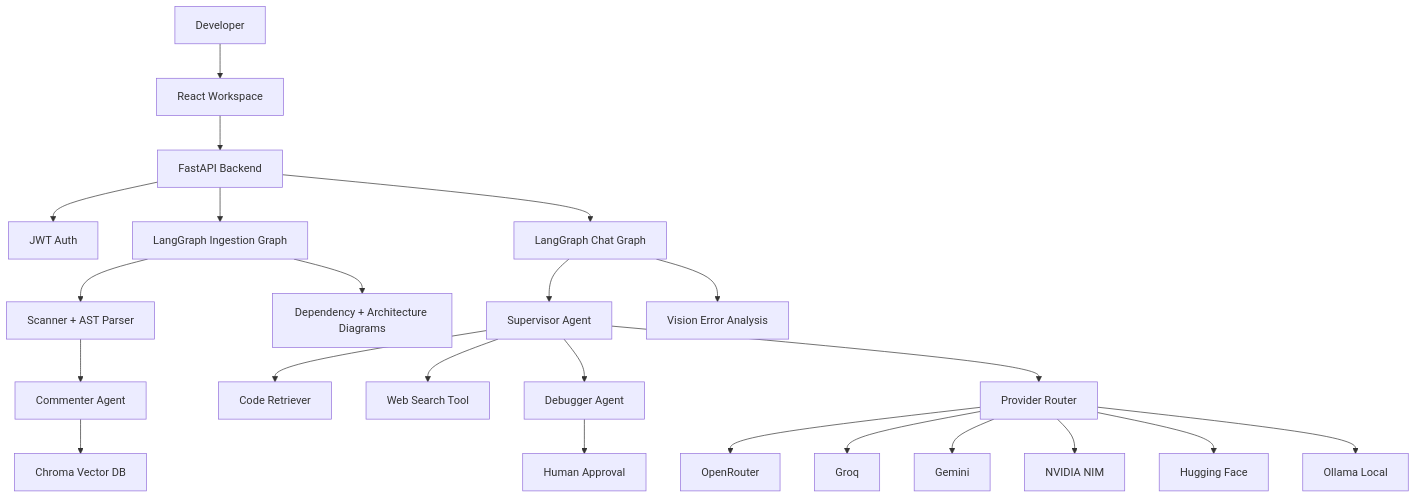
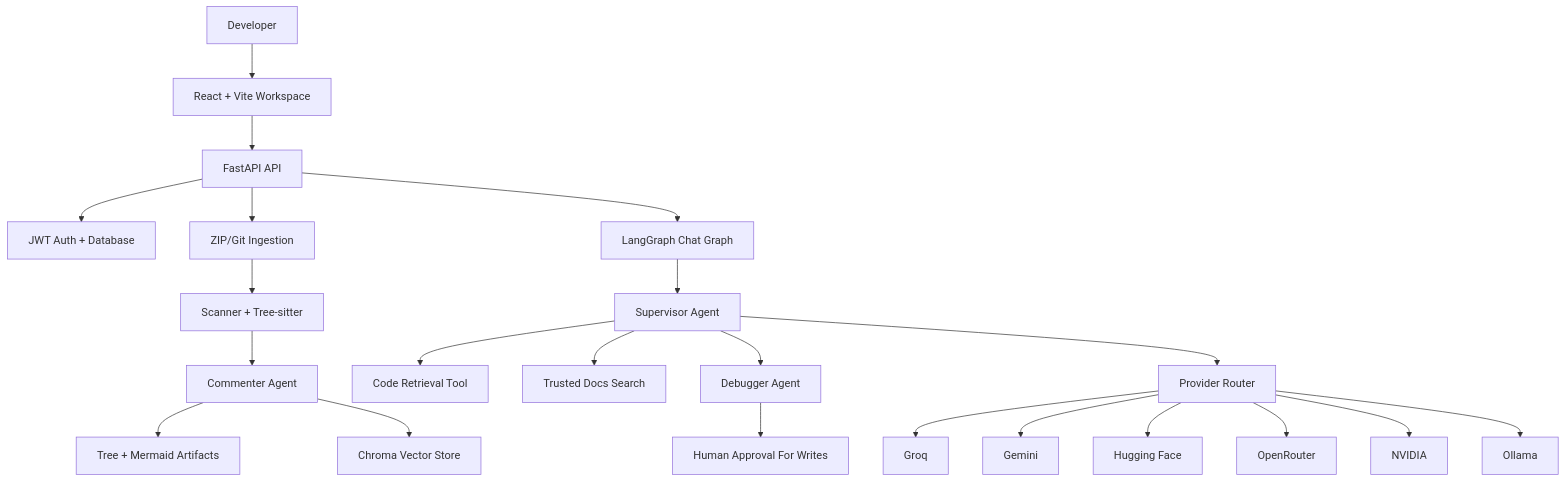
The diagram in README.md (Swatikkar/CodeGraph-AI), drawn with Mermaid before and after one commit. The commit also changed other lines of this file and 5 other files, not shown here.

````diff
--- a/README.md
+++ b/README.md
@@ -17,25 +132,24 @@
 ```mermaid
 graph TD
-    User["Developer"] --> Frontend["React Workspace"]
-    Frontend --> API["FastAPI Backend"]
-    API --> Auth["JWT Auth"]
-    API --> Ingestion["LangGraph Ingestion Graph"]
-    Ingestion --> Scanner["Scanner + AST Parser"]
+    User["Developer"] --> Frontend["React + Vite Workspace"]
+    Frontend --> API["FastAPI API"]
+    API --> Auth["JWT Auth + Database"]
+    API --> Upload["ZIP/Git Ingestion"]
+    Upload --> Scanner["Scanner + Tree-sitter"]
     Scanner --> Commenter["Commenter Agent"]
-    Commenter --> Chroma["Chroma Vector DB"]
-    Ingestion --> Diagrams["Dependency + Architecture Diagrams"]
+    Commenter --> Artifacts["Tree + Mermaid Artifacts"]
+    Commenter --> Chroma["Chroma Vector Store"]
     API --> Chat["LangGraph Chat Graph"]
     Chat --> Supervisor["Supervisor Agent"]
-    Supervisor --> Retriever["Code Retriever"]
-    Supervisor --> Web["Web Search Tool"]
+    Supervisor --> Retriever["Code Retrieval Tool"]
+    Supervisor --> Search["Trusted Docs Search"]
     Supervisor --> Debugger["Debugger Agent"]
-    Debugger --> Approval["Human Approval"]
-    Chat --> Vision["Vision Error Analysis"]
+    Debugger --> Approval["Human Approval For Writes"]
     Supervisor --> Router["Provider Router"]
-    Router --> OpenRouter["OpenRouter"]
     Router --> Groq["Groq"]
     Router --> Gemini["Gemini"]
-    Router --> NVIDIA["NVIDIA NIM"]
     Router --> HF["Hugging Face"]
-    Router --> Ollama["Ollama Local"]
+    Router --> OpenRouter["OpenRouter"]
+    Router --> NVIDIA["NVIDIA"]
+    Router --> Ollama["Ollama"]
 ```
````
